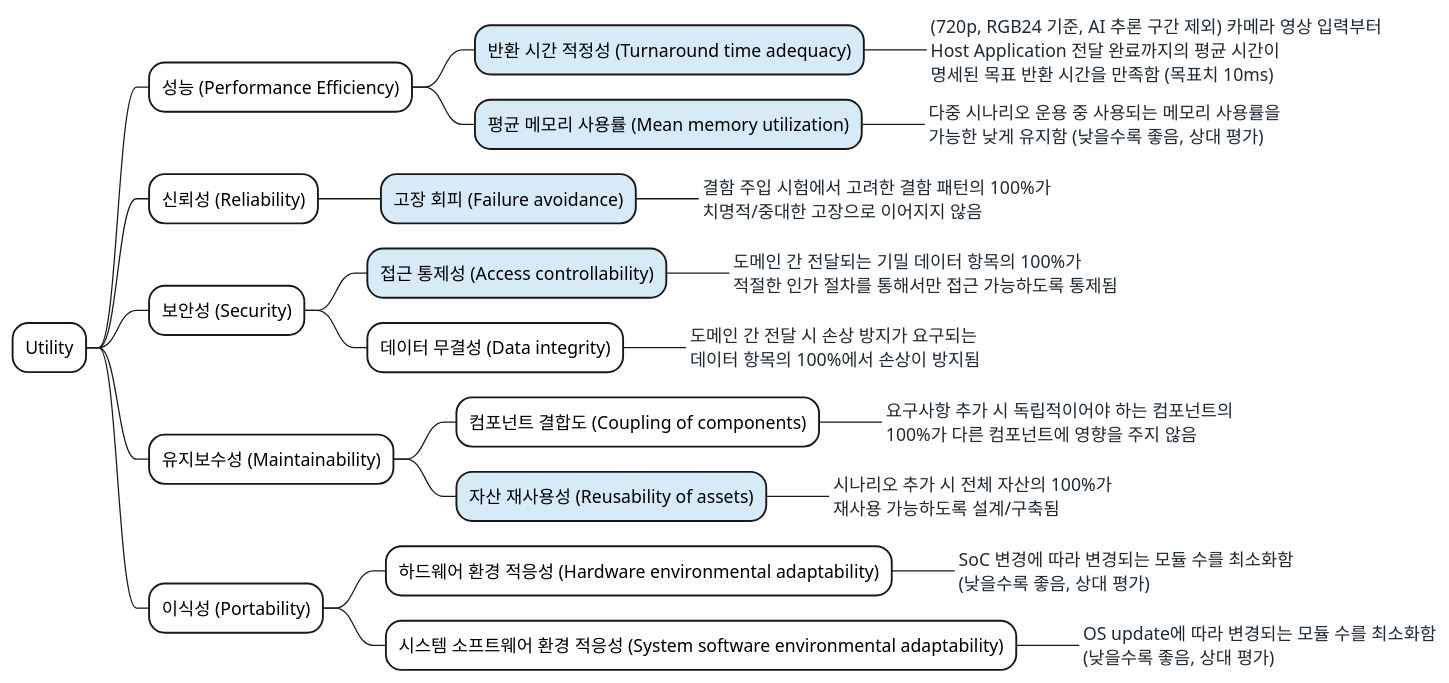
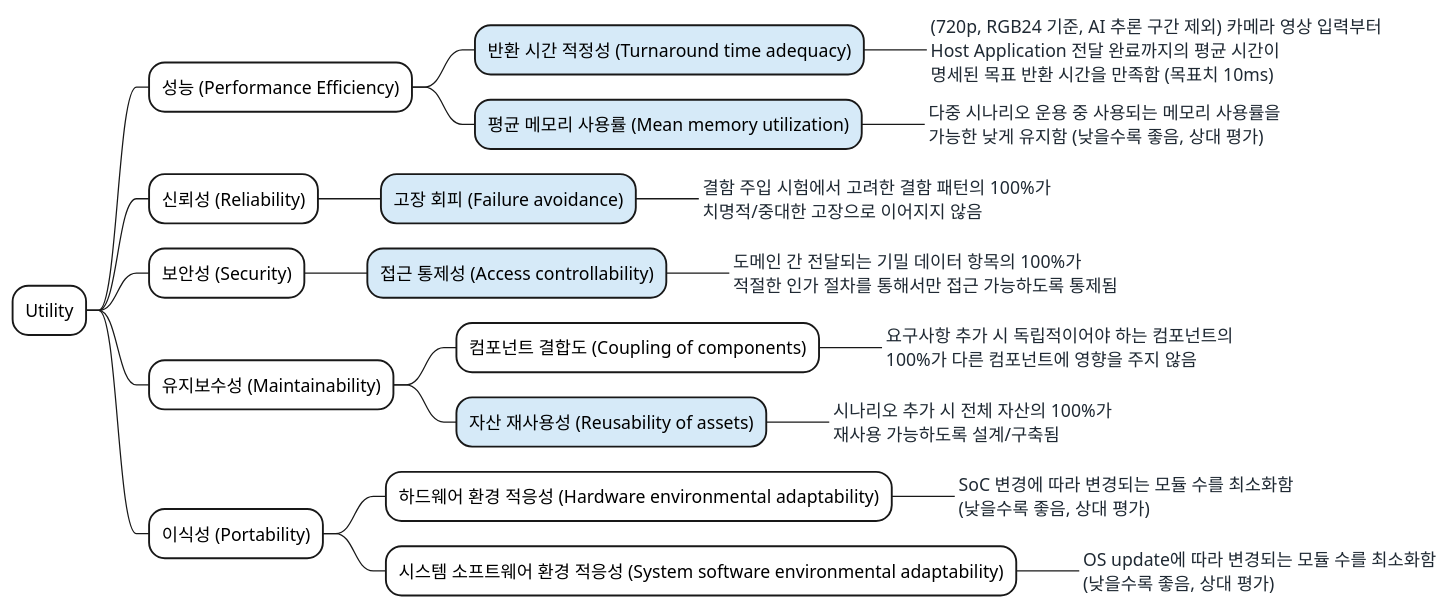
One commit to boram1288/test-p changed the diagram in docs/03_utility_tree.md. Above: the diagram before and after it, drawn with PlantUML. The commit also changed other lines of this file, not shown here.

````diff
--- a/docs/03_utility_tree.md
+++ b/docs/03_utility_tree.md
@@ -28,35 +28,33 @@
 ```plantuml
 @startmindmap
 <style>
 mindmapDiagram {
   boxless {
     FontColor #1F2933
   }
 }
 </style>
 *[#FFFFFF] Utility
 **[#FFFFFF] 성능 (Performance Efficiency)
 ***[#D6EAF8] 반환 시간 적정성 (Turnaround time adequacy)
 ****_ (720p, RGB24 기준, AI 추론 구간 제외) 카메라 영상 입력부터\nHost Application 전달 완료까지의 평균 시간이\n명세된 목표 반환 시간을 만족함 (목표치 10ms)
 ***[#D6EAF8] 평균 메모리 사용률 (Mean memory utilization)
 ****_ 다중 시나리오 운용 중 사용되는 메모리 사용률을\n가능한 낮게 유지함 (낮을수록 좋음, 상대 평가)
 **[#FFFFFF] 신뢰성 (Reliability)
 ***[#D6EAF8] 고장 회피 (Failure avoidance)
 ****_ 결함 주입 시험에서 고려한 결함 패턴의 100%가\n치명적/중대한 고장으로 이어지지 않음
 **[#FFFFFF] 보안성 (Security)
 ***[#D6EAF8] 접근 통제성 (Access controllability)
 ****_ 도메인 간 전달되는 기밀 데이터 항목의 100%가\n적절한 인가 절차를 통해서만 접근 가능하도록 통제됨
-***[#FFFFFF] 데이터 무결성 (Data integrity)
-****_ 도메인 간 전달 시 손상 방지가 요구되는\n데이터 항목의 100%에서 손상이 방지됨
 **[#FFFFFF] 유지보수성 (Maintainability)
 ***[#FFFFFF] 컴포넌트 결합도 (Coupling of components)
 ****_ 요구사항 추가 시 독립적이어야 하는 컴포넌트의\n100%가 다른 컴포넌트에 영향을 주지 않음
 ***[#D6EAF8] 자산 재사용성 (Reusability of assets)
 ****_ 시나리오 추가 시 전체 자산의 100%가\n재사용 가능하도록 설계/구축됨
 **[#FFFFFF] 이식성 (Portability)
 ***[#FFFFFF] 하드웨어 환경 적응성 (Hardware environmental adaptability)
 ****_ SoC 변경에 따라 변경되는 모듈 수를 최소화함\n(낮을수록 좋음, 상대 평가)
 ***[#FFFFFF] 시스템 소프트웨어 환경 적응성 (System software environmental adaptability)
 ****_ OS update에 따라 변경되는 모듈 수를 최소화함\n(낮을수록 좋음, 상대 평가)
 @endmindmap
 ```
````
